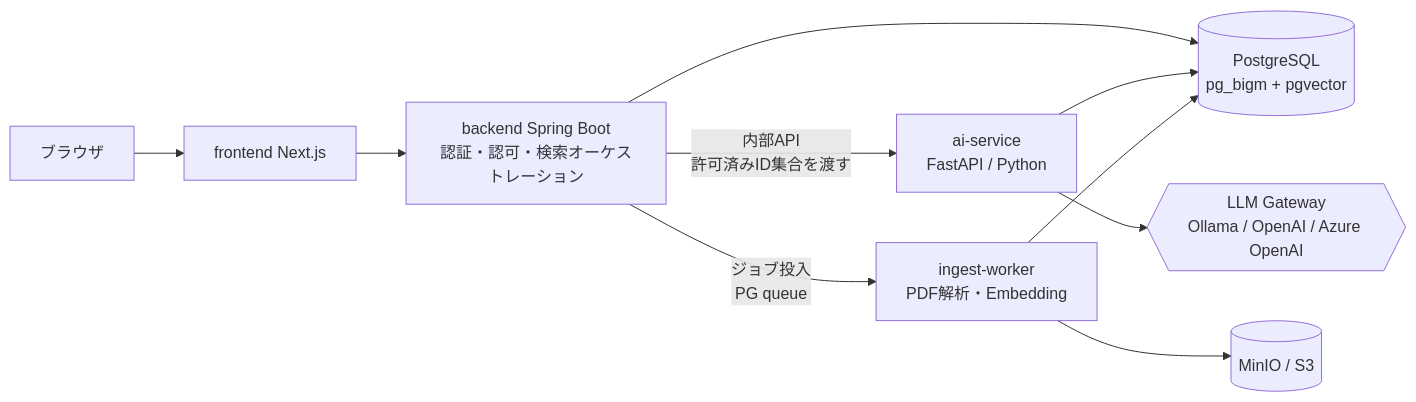
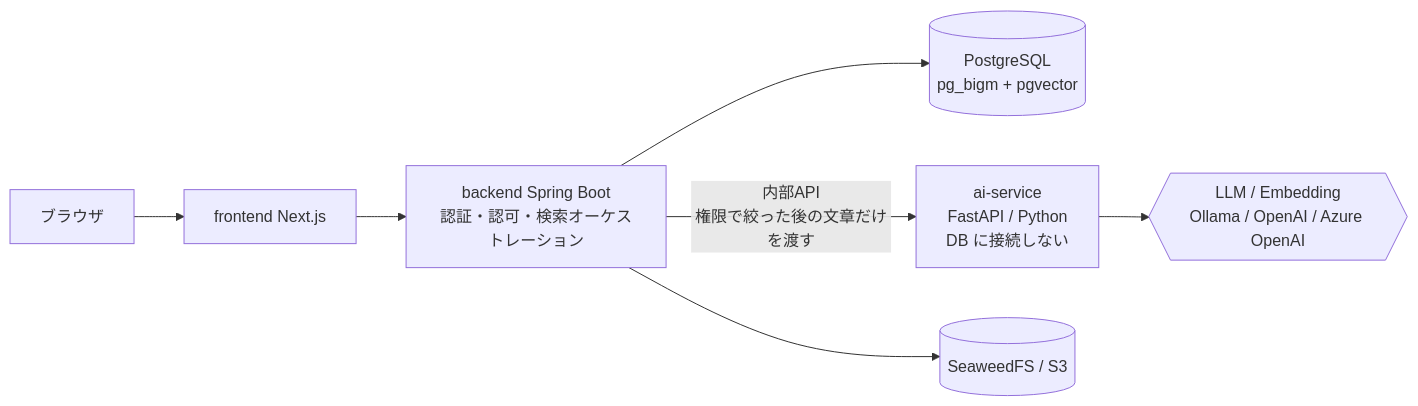
Before and after one commit to Mika777v/knowledge-navigator: the second of 4 diagrams in docs/ARCHITECTURE.md, drawn with Mermaid. The commit also changed other lines of this file and 5 other files, not shown here.

First line of the commit message:
docs(docs): ADR-0006〜0008 意味検索の土台（ai-service・pgvector・LLM プロバイダ）

````diff
--- a/docs/ARCHITECTURE.md
+++ b/docs/ARCHITECTURE.md
@@ -35,12 +35,9 @@
 ```mermaid
 flowchart LR
   U[ブラウザ] --> FE[frontend Next.js]
   FE --> BE[backend Spring Boot<br/>認証・認可・検索オーケストレーション]
   BE --> PG[(PostgreSQL<br/>pg_bigm + pgvector)]
-  BE -->|内部API<br/>許可済みID集合を渡す| AI[ai-service<br/>FastAPI / Python]
-  AI --> PG
-  AI --> LLM{{LLM Gateway<br/>Ollama / OpenAI / Azure OpenAI}}
-  W[ingest-worker<br/>PDF解析・Embedding] --> PG
-  W --> S3[(MinIO / S3)]
-  BE -->|ジョブ投入<br/>PG queue| W
+  BE -->|内部API<br/>権限で絞った後の文章だけを渡す| AI[ai-service<br/>FastAPI / Python<br/>DB に接続しない]
+  AI --> LLM{{LLM / Embedding<br/>Ollama / OpenAI / Azure OpenAI}}
+  BE --> S3[(SeaweedFS / S3)]
 ```
````
